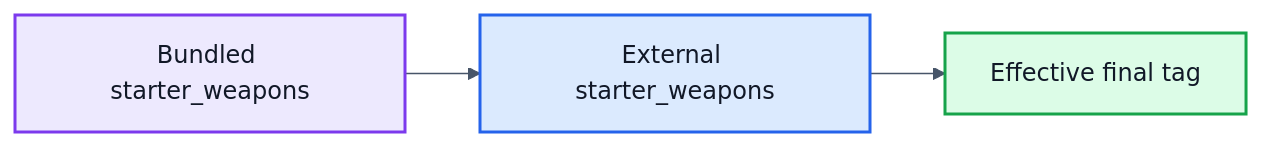
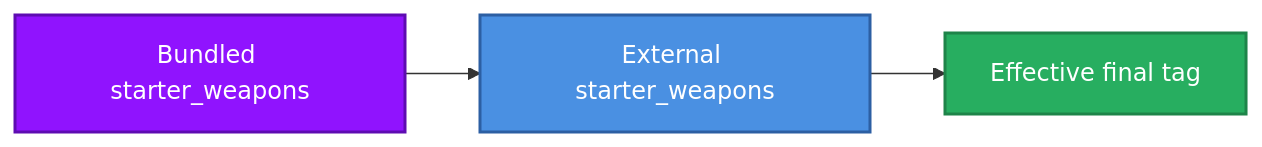
One commit to AzureDoom/TagCore changed the sixth of 6 diagrams in docs/tag-loading.md. Above: the diagram before and after it, drawn with Mermaid. The commit also changed other lines of this file, not shown here.

````diff
--- a/docs/tag-loading.md
+++ b/docs/tag-loading.md
@@ -233,20 +200,15 @@
 ```mermaid
-%%{init: {
-  "theme": "base",
-  "themeVariables": {
-    "lineColor": "#475569",
-    "background": "#FFFFFF"
-  }
-}}%%
 flowchart LR
     A[Bundled starter_weapons] --> B[External starter_weapons]
     B --> C[Effective final tag]
 
-    classDef bundled fill:#EDE9FE,stroke:#7C3AED,color:#111827,stroke-width:2px;
-    classDef external fill:#DBEAFE,stroke:#2563EB,color:#111827,stroke-width:2px;
-    classDef final fill:#DCFCE7,stroke:#16A34A,color:#111827,stroke-width:2px;
+%% Classes
+    classDef bundled fill:#9013FE,color:#fff,stroke:#5E0CB2,stroke-width:2px;
+    classDef external fill:#4A90E2,color:#fff,stroke:#2C5FA3,stroke-width:2px;
+    classDef final fill:#27AE60,color:#fff,stroke:#1E8449,stroke-width:2px;
 
+%% Apply classes
     class A bundled;
     class B external;
     class C final;
 ```
````
